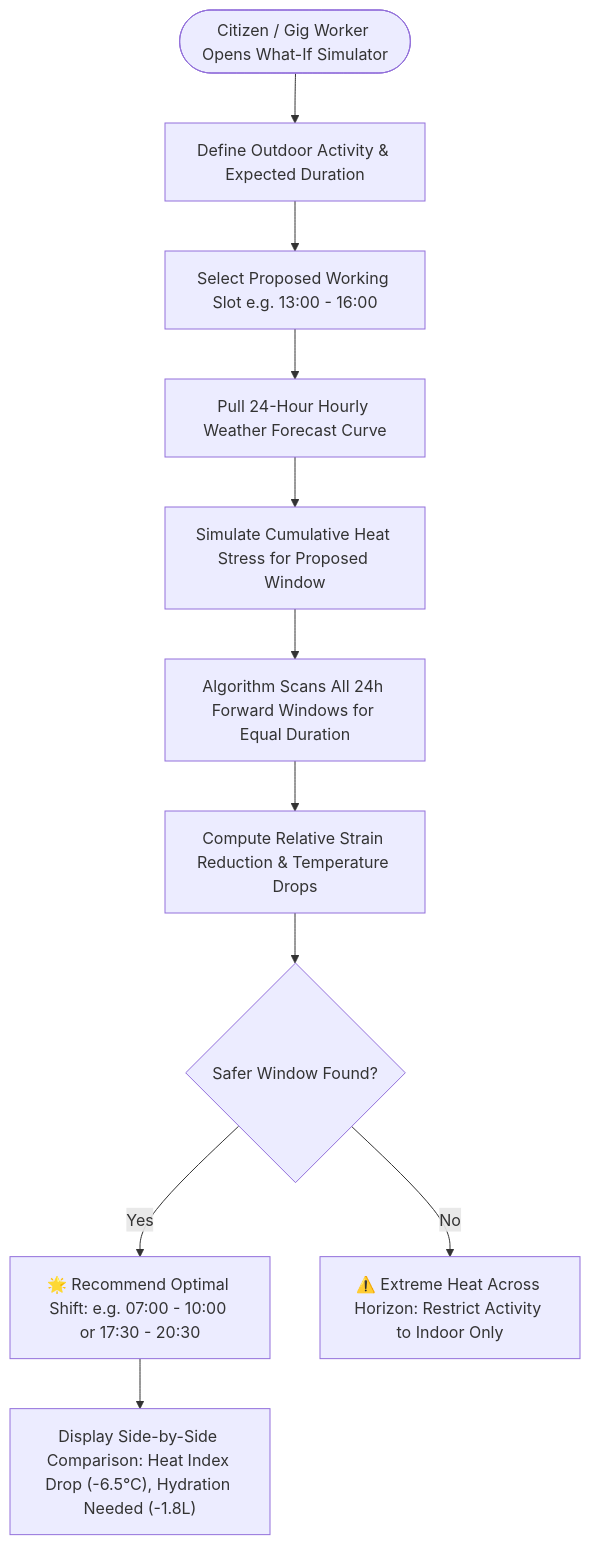
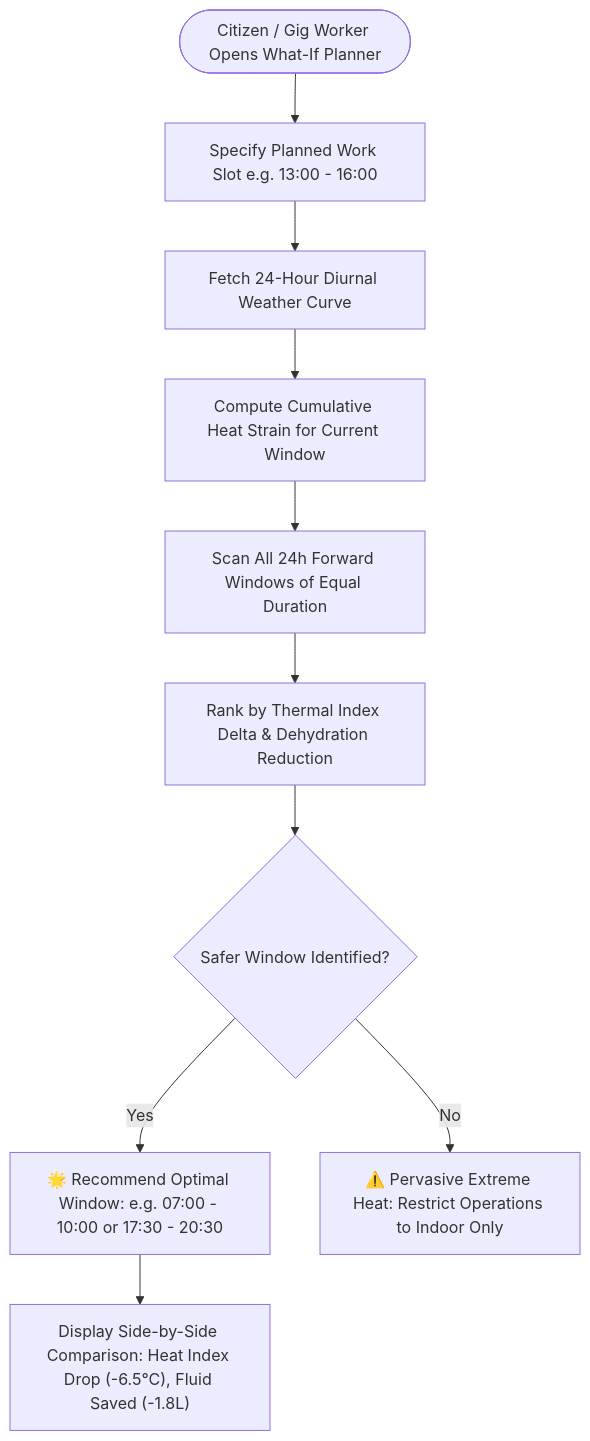
One commit to Aadityasingh0709/taap-chetna changed the third of 4 diagrams in README.md. Above: the diagram before and after it, drawn with Mermaid. The commit also changed other lines of this file, not shown here.

Commit message:
docs: overhaul README with submission-ready architecture, ML audit, RBAC matrix, and API reference

````diff
--- a/README.md
+++ b/README.md
@@ -208,17 +258,12 @@
 ```mermaid
 flowchart TD
-    UserSelect([Citizen / Gig Worker Opens What-If Simulator]) --> DefineTask[Define Outdoor Activity & Expected Duration]
-    DefineTask --> CurrentTimeSlot[Select Proposed Working Slot e.g. 13:00 - 16:00]
-
-    CurrentTimeSlot --> Pull24hCurve[Pull 24-Hour Hourly Weather Forecast Curve]
-    Pull24hCurve --> SimSlot[Simulate Cumulative Heat Stress for Proposed Window]
-
-    SimSlot --> ScanAlternatives[Algorithm Scans All 24h Forward Windows for Equal Duration]
-    ScanAlternatives --> CalcDelta[Compute Relative Strain Reduction & Temperature Drops]
-
-    CalcDelta --> BestSlotIdentified{Safer Window Found?}
-    BestSlotIdentified -- Yes --> RecommendShift[🌟 Recommend Optimal Shift: e.g. 07:00 - 10:00 or 17:30 - 20:30]
-    BestSlotIdentified -- No --> MaxProtectAdvisory[⚠️ Extreme Heat Across Horizon: Restrict Activity to Indoor Only]
-
-    RecommendShift --> VisualDelta["Display Side-by-Side Comparison: Heat Index Drop (-6.5°C), Hydration Needed (-1.8L)"]
+    UserSelect([Citizen / Gig Worker Opens What-If Planner]) --> InputShift[Specify Planned Work Slot e.g. 13:00 - 16:00]
+    InputShift --> PullForecast[Fetch 24-Hour Diurnal Weather Curve]
+    PullForecast --> SimCurrent[Compute Cumulative Heat Strain for Current Window]
+    SimCurrent --> ScanSlots[Scan All 24h Forward Windows of Equal Duration]
+    ScanSlots --> RankSlots[Rank by Thermal Index Delta & Dehydration Reduction]
+    RankSlots --> OptimalFound{Safer Window Identified?}
+    OptimalFound -- Yes --> RenderBest[🌟 Recommend Optimal Window: e.g. 07:00 - 10:00 or 17:30 - 20:30]
+    OptimalFound -- No --> IndoorNotice[⚠️ Pervasive Extreme Heat: Restrict Operations to Indoor Only]
+    RenderBest --> ComparisonCard["Display Side-by-Side Comparison: Heat Index Drop (-6.5°C), Fluid Saved (-1.8L)"]
 ```
````
